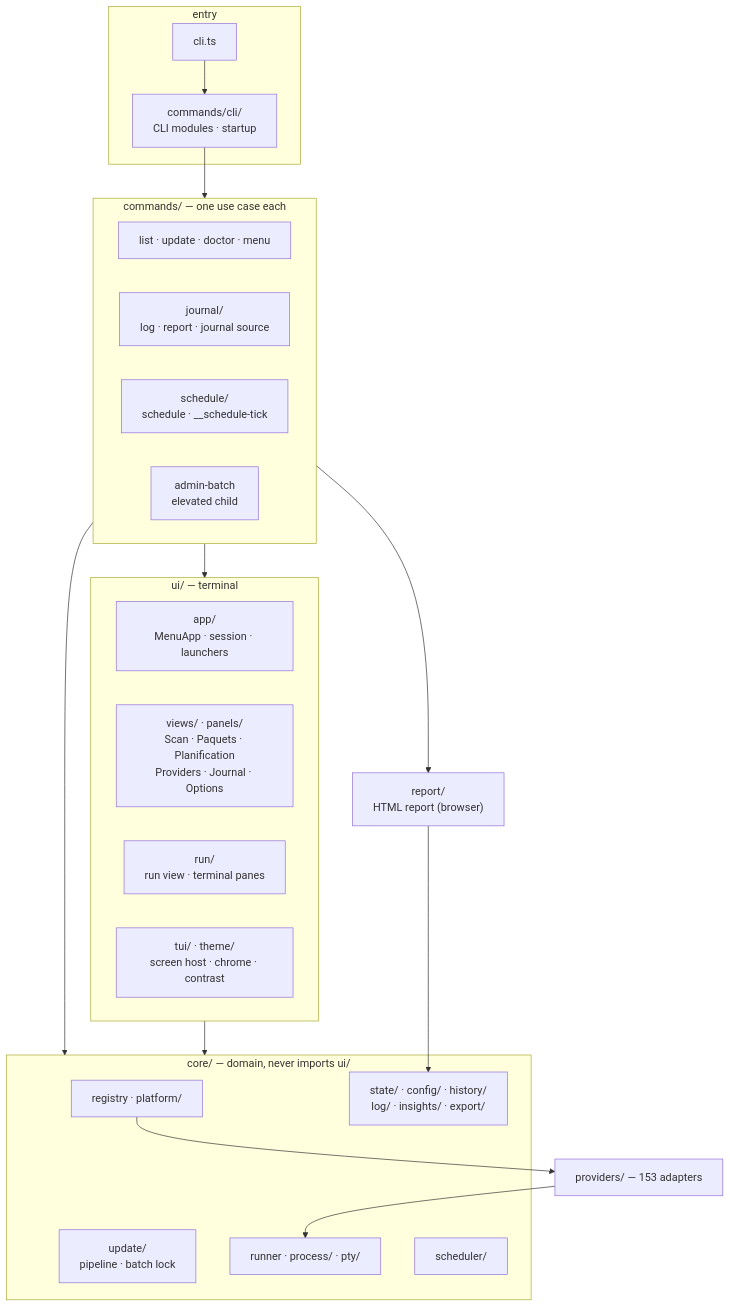
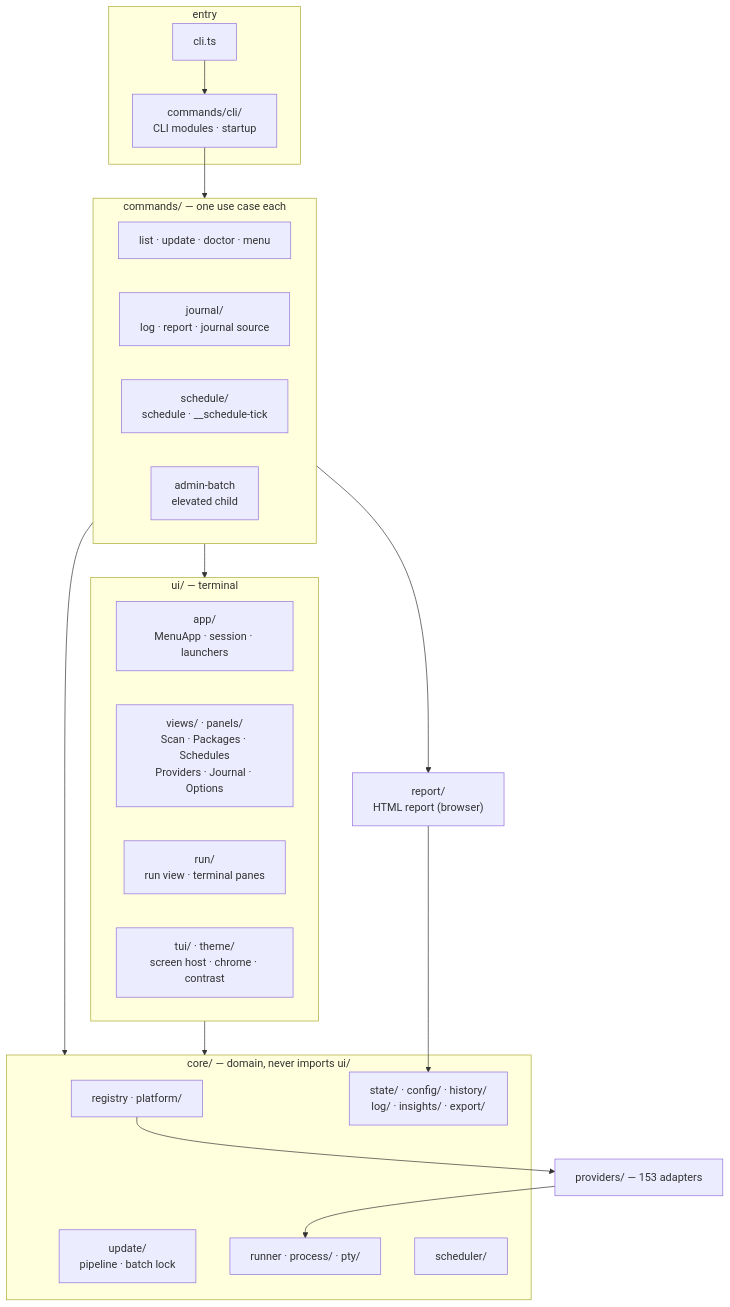
One commit to LINDECKER-Charles/gup changed the second of 12 diagrams in docs/development/architecture.md. Above: the diagram before and after it, drawn with Mermaid. The commit also changed other lines of this file and 8 other files, not shown here.

````diff
--- a/docs/development/architecture.md
+++ b/docs/development/architecture.md
@@ -84,32 +86,32 @@
 ```mermaid
 flowchart TB
     subgraph Entry["entry"]
         Cli["cli.ts"] --> Modules["commands/cli/<br/>CLI modules · startup"]
     end
     subgraph Commands["commands/ — one use case each"]
         Cmd["list · update · doctor · menu"]
         Journal["journal/<br/>log · report · journal source"]
         Sched["schedule/<br/>schedule · __schedule-tick"]
         Admin["admin-batch<br/>elevated child"]
     end
     subgraph UI["ui/ — terminal"]
         App["app/<br/>MenuApp · session · launchers"]
-        Views["views/ · panels/<br/>Scan · Paquets · Planification<br/>Providers · Journal · Options"]
+        Views["views/ · panels/<br/>Scan · Packages · Schedules<br/>Providers · Journal · Options"]
         Run["run/<br/>run view · terminal panes"]
         Tui["tui/ · theme/<br/>screen host · chrome · contrast"]
     end
     Report["report/<br/>HTML report (browser)"]
     subgraph Core["core/ — domain, never imports ui/"]
         Registry["registry · platform/"]
         Update["update/<br/>pipeline · batch lock"]
         Process["runner · process/ · pty/"]
         Data["state/ · config/ · history/<br/>log/ · insights/ · export/"]
         Scheduler["scheduler/"]
     end
     Providers["providers/ — 153 adapters"]
     Modules --> Commands
     Commands --> UI & Report & Core
     UI --> Core
     Report --> Data
     Registry --> Providers --> Process
 ```
````
